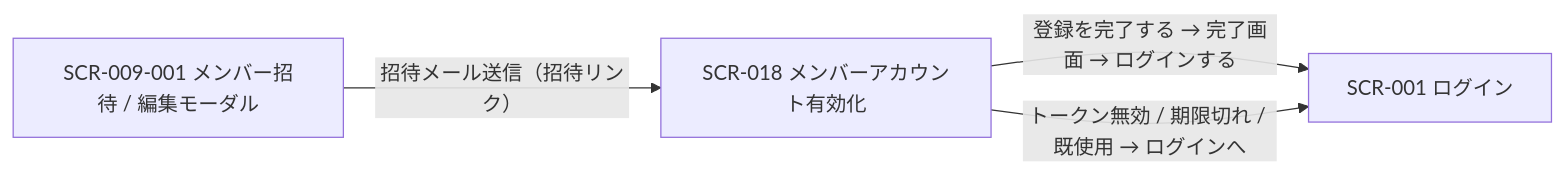
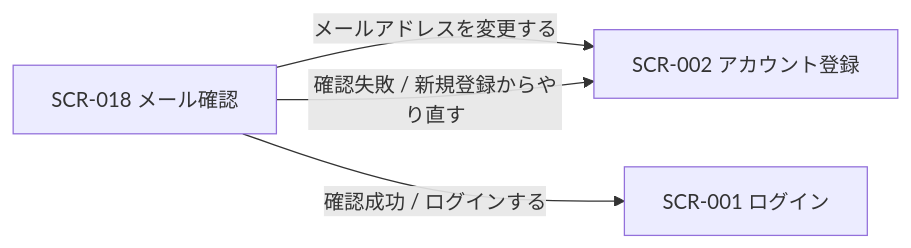
One commit to sikakou54/open-faq changed the diagram in 02_basic_design/01_screens/SCR-018.md. Above: the diagram before and after it, drawn with Mermaid. The commit also changed other lines of this file and 617 other files, not shown here.

````diff
--- a/02_basic_design/01_screens/SCR-018.md
+++ b/02_basic_design/01_screens/SCR-018.md
@@ -35,9 +36,9 @@
 ```mermaid
 flowchart LR
-  S0["SCR-009-001 メンバー招待 / 編集モーダル"]
-  S1["SCR-018 メンバーアカウント有効化"]
-  S2["SCR-001 ログイン"]
-  S0 -->|招待メール送信（招待リンク）| S1
-  S1 -->|登録を完了する → 完了画面 → ログインする| S2
-  S1 -->|トークン無効 / 期限切れ / 既使用 → ログインへ| S2
+  S1["SCR-018 メール確認"]
+  S2["SCR-002 アカウント登録"]
+  S3["SCR-001 ログイン"]
+  S1 -->|メールアドレスを変更する| S2
+  S1 -->|確認失敗 / 新規登録からやり直す| S2
+  S1 -->|確認成功 / ログインする| S3
 ```
````
